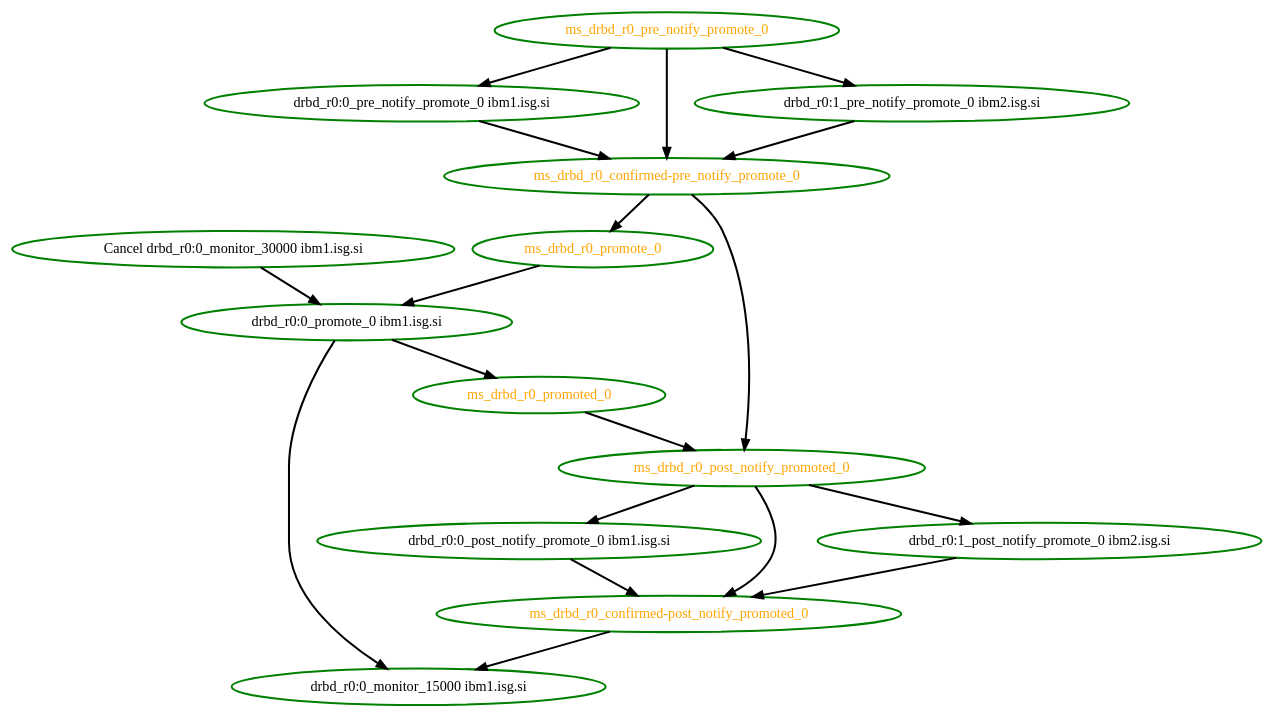
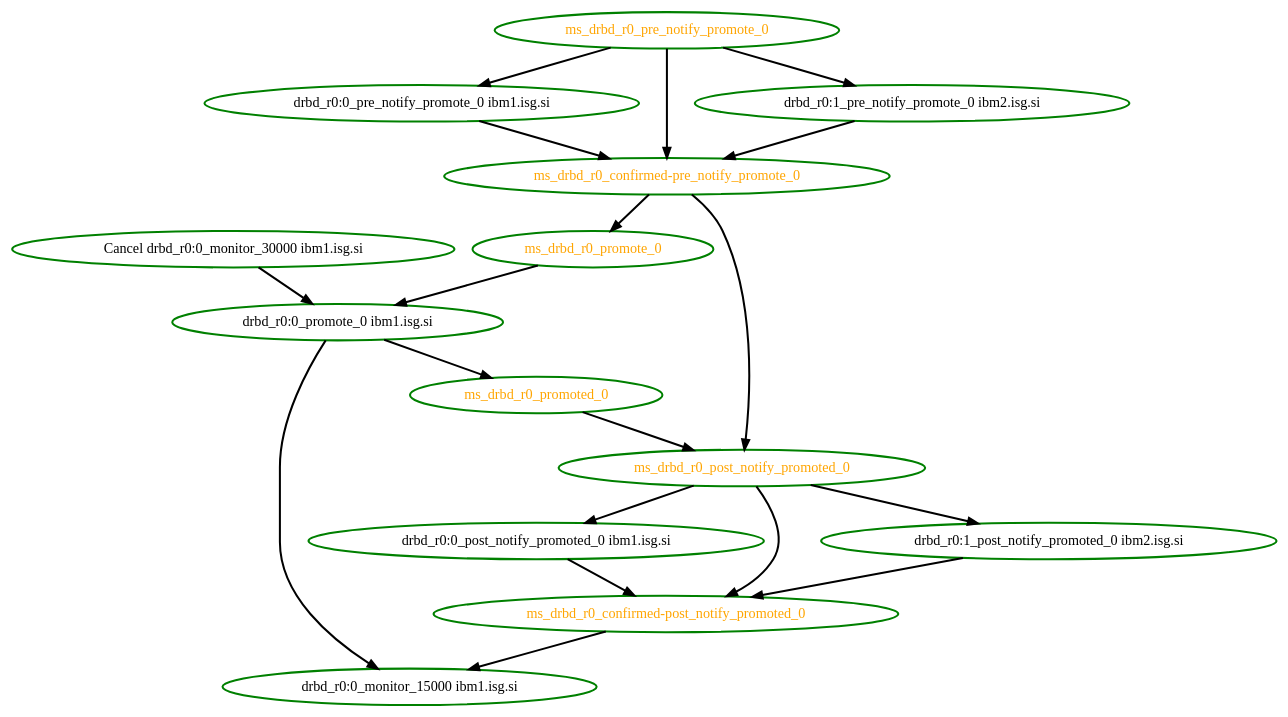
One commit to ClusterLabs/pacemaker changed the diagram in pengine/test10/bug-lf-2317.dot. Above: the diagram before and after it, drawn with Graphviz. The commit also changed 311 other files, not shown here.

```diff
--- a/pengine/test10/bug-lf-2317.dot
+++ b/pengine/test10/bug-lf-2317.dot
@@ -1,33 +1,33 @@
 digraph "g" {
 "Cancel drbd_r0:0_monitor_30000 ibm1.isg.si" -> "drbd_r0:0_promote_0 ibm1.isg.si" [ style = bold]
 "Cancel drbd_r0:0_monitor_30000 ibm1.isg.si" [ style=bold color="green" fontcolor="black" ]
 "drbd_r0:0_monitor_15000 ibm1.isg.si" [ style=bold color="green" fontcolor="black" ]
-"drbd_r0:0_post_notify_promote_0 ibm1.isg.si" -> "ms_drbd_r0_confirmed-post_notify_promoted_0" [ style = bold]
-"drbd_r0:0_post_notify_promote_0 ibm1.isg.si" [ style=bold color="green" fontcolor="black" ]
+"drbd_r0:0_post_notify_promoted_0 ibm1.isg.si" -> "ms_drbd_r0_confirmed-post_notify_promoted_0" [ style = bold]
+"drbd_r0:0_post_notify_promoted_0 ibm1.isg.si" [ style=bold color="green" fontcolor="black"]
 "drbd_r0:0_pre_notify_promote_0 ibm1.isg.si" -> "ms_drbd_r0_confirmed-pre_notify_promote_0" [ style = bold]
 "drbd_r0:0_pre_notify_promote_0 ibm1.isg.si" [ style=bold color="green" fontcolor="black" ]
 "drbd_r0:0_promote_0 ibm1.isg.si" -> "drbd_r0:0_monitor_15000 ibm1.isg.si" [ style = bold]
 "drbd_r0:0_promote_0 ibm1.isg.si" -> "ms_drbd_r0_promoted_0" [ style = bold]
 "drbd_r0:0_promote_0 ibm1.isg.si" [ style=bold color="green" fontcolor="black" ]
-"drbd_r0:1_post_notify_promote_0 ibm2.isg.si" -> "ms_drbd_r0_confirmed-post_notify_promoted_0" [ style = bold]
-"drbd_r0:1_post_notify_promote_0 ibm2.isg.si" [ style=bold color="green" fontcolor="black" ]
+"drbd_r0:1_post_notify_promoted_0 ibm2.isg.si" -> "ms_drbd_r0_confirmed-post_notify_promoted_0" [ style = bold]
+"drbd_r0:1_post_notify_promoted_0 ibm2.isg.si" [ style=bold color="green" fontcolor="black"]
 "drbd_r0:1_pre_notify_promote_0 ibm2.isg.si" -> "ms_drbd_r0_confirmed-pre_notify_promote_0" [ style = bold]
 "drbd_r0:1_pre_notify_promote_0 ibm2.isg.si" [ style=bold color="green" fontcolor="black" ]
 "ms_drbd_r0_confirmed-post_notify_promoted_0" -> "drbd_r0:0_monitor_15000 ibm1.isg.si" [ style = bold]
 "ms_drbd_r0_confirmed-post_notify_promoted_0" [ style=bold color="green" fontcolor="orange" ]
 "ms_drbd_r0_confirmed-pre_notify_promote_0" -> "ms_drbd_r0_post_notify_promoted_0" [ style = bold]
 "ms_drbd_r0_confirmed-pre_notify_promote_0" -> "ms_drbd_r0_promote_0" [ style = bold]
 "ms_drbd_r0_confirmed-pre_notify_promote_0" [ style=bold color="green" fontcolor="orange" ]
-"ms_drbd_r0_post_notify_promoted_0" -> "drbd_r0:0_post_notify_promote_0 ibm1.isg.si" [ style = bold]
-"ms_drbd_r0_post_notify_promoted_0" -> "drbd_r0:1_post_notify_promote_0 ibm2.isg.si" [ style = bold]
+"ms_drbd_r0_post_notify_promoted_0" -> "drbd_r0:0_post_notify_promoted_0 ibm1.isg.si" [ style = bold]
+"ms_drbd_r0_post_notify_promoted_0" -> "drbd_r0:1_post_notify_promoted_0 ibm2.isg.si" [ style = bold]
 "ms_drbd_r0_post_notify_promoted_0" -> "ms_drbd_r0_confirmed-post_notify_promoted_0" [ style = bold]
 "ms_drbd_r0_post_notify_promoted_0" [ style=bold color="green" fontcolor="orange" ]
 "ms_drbd_r0_pre_notify_promote_0" -> "drbd_r0:0_pre_notify_promote_0 ibm1.isg.si" [ style = bold]
 "ms_drbd_r0_pre_notify_promote_0" -> "drbd_r0:1_pre_notify_promote_0 ibm2.isg.si" [ style = bold]
 "ms_drbd_r0_pre_notify_promote_0" -> "ms_drbd_r0_confirmed-pre_notify_promote_0" [ style = bold]
 "ms_drbd_r0_pre_notify_promote_0" [ style=bold color="green" fontcolor="orange" ]
 "ms_drbd_r0_promote_0" -> "drbd_r0:0_promote_0 ibm1.isg.si" [ style = bold]
 "ms_drbd_r0_promote_0" [ style=bold color="green" fontcolor="orange" ]
 "ms_drbd_r0_promoted_0" -> "ms_drbd_r0_post_notify_promoted_0" [ style = bold]
 "ms_drbd_r0_promoted_0" [ style=bold color="green" fontcolor="orange" ]
 }
```
